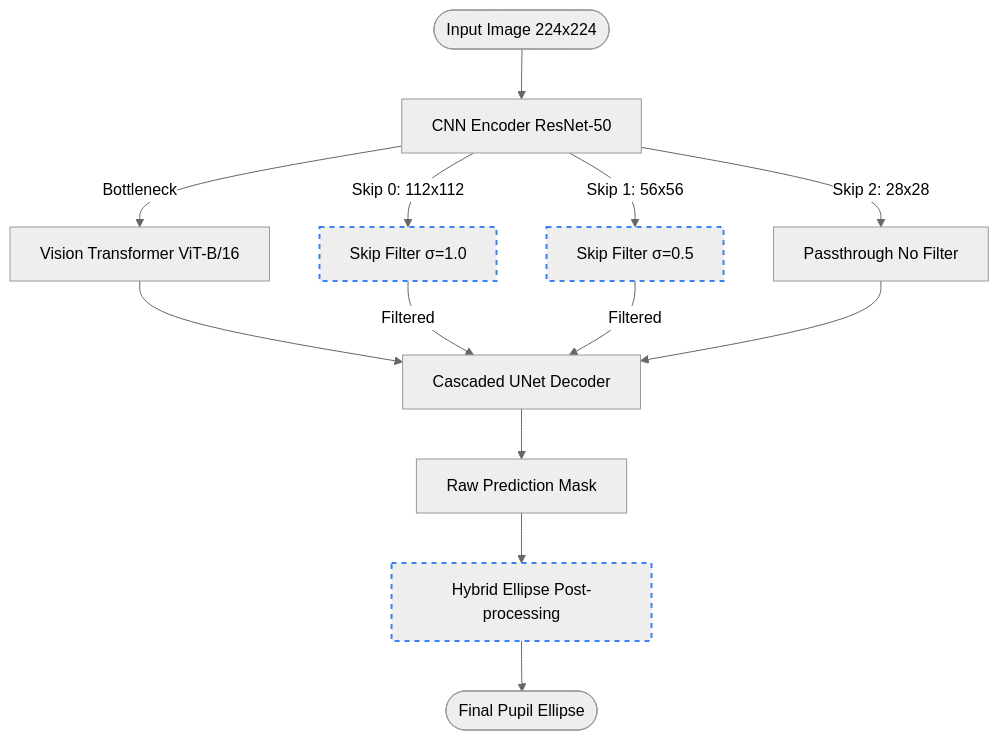
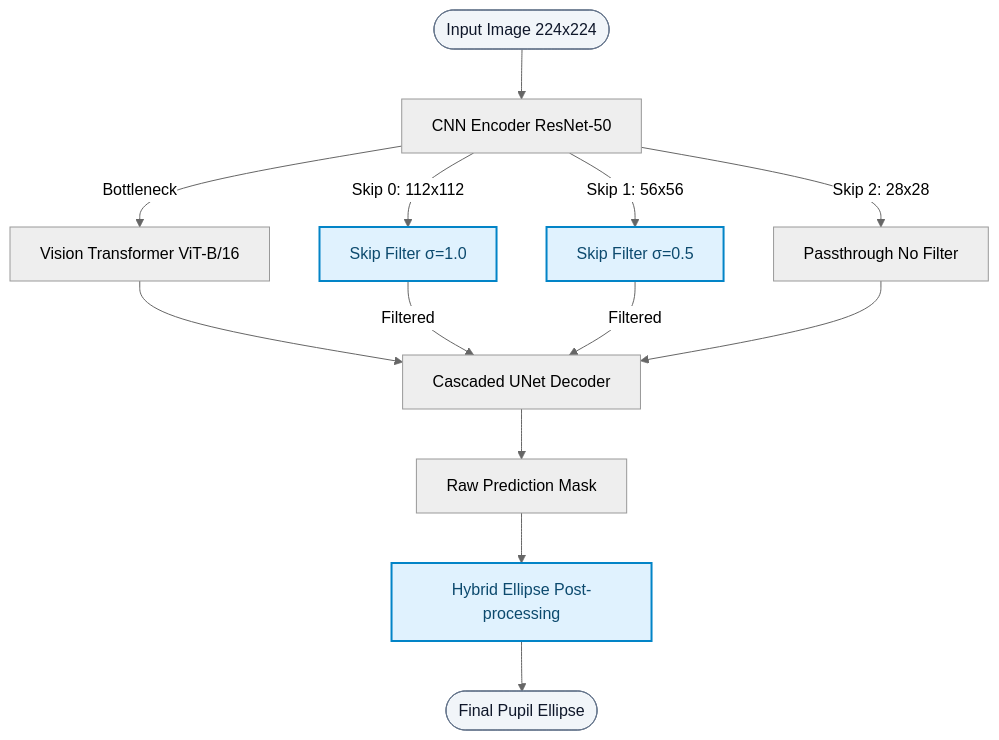
One commit to dutlsl/transUnet changed the diagram in README.md. Above: the diagram before and after it, drawn with Mermaid.

Commit message:
docs: add subtle colors to emphasize contributions in mermaid diagram

````diff
--- a/README.md
+++ b/README.md
@@ -36,22 +36,23 @@
 ```mermaid
 %%{init: {'theme': 'neutral'}}%%
 flowchart TD
-    Input([Input Image 224x224]) --> Encoder[CNN Encoder ResNet-50]
+    Input([Input Image 224x224]):::io --> Encoder[CNN Encoder ResNet-50]
 
     Encoder -->|"Skip 0: 112x112"| SF0[Skip Filter σ=1.0]:::highlight
     Encoder -->|"Skip 1: 56x56"| SF1[Skip Filter σ=0.5]:::highlight
     Encoder -->|"Skip 2: 28x28"| Pass[Passthrough No Filter]
 
     Encoder -->|"Bottleneck"| ViT[Vision Transformer ViT-B/16]
     ViT --> Decoder[Cascaded UNet Decoder]
 
     SF0 -->|"Filtered"| Decoder
     SF1 -->|"Filtered"| Decoder
     Pass --> Decoder
 
     Decoder --> Pred[Raw Prediction Mask]
     Pred --> Post[Hybrid Ellipse Post-processing]:::highlight
-    Post --> Final([Final Pupil Ellipse])
+    Post --> Final([Final Pupil Ellipse]):::io
 
-    classDef highlight stroke:#3b82f6,stroke-width:2px,stroke-dasharray: 5 5
+    classDef highlight fill:#e0f2fe,stroke:#0284c7,stroke-width:2px,color:#0c4a6e
+    classDef io fill:#f1f5f9,stroke:#64748b,stroke-width:1px,color:#0f172a
 ```
````
